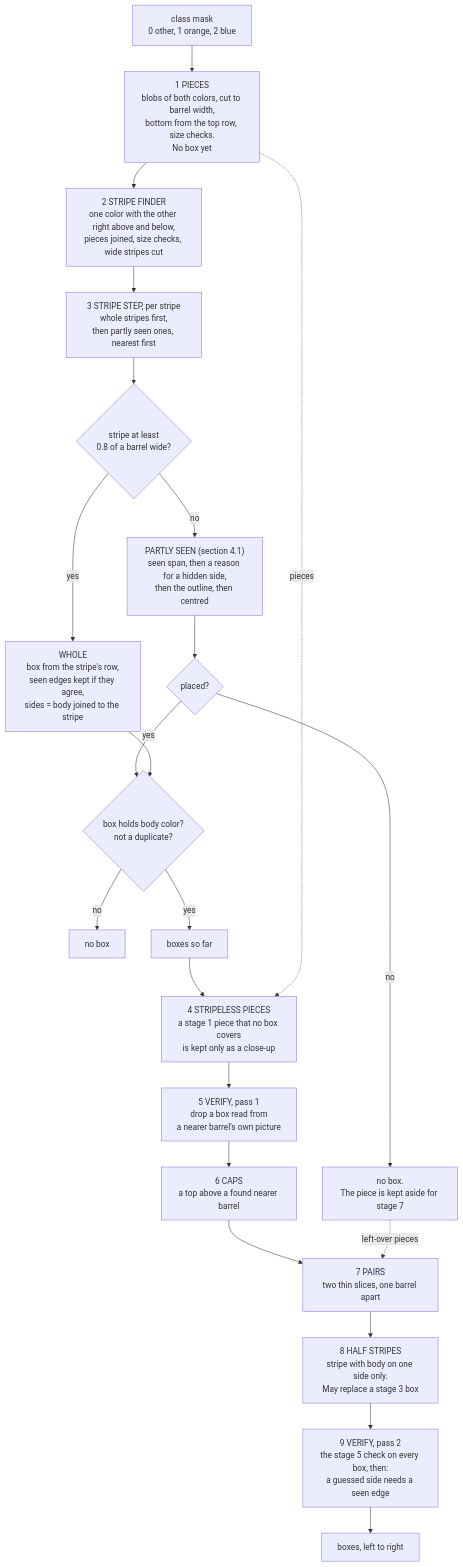
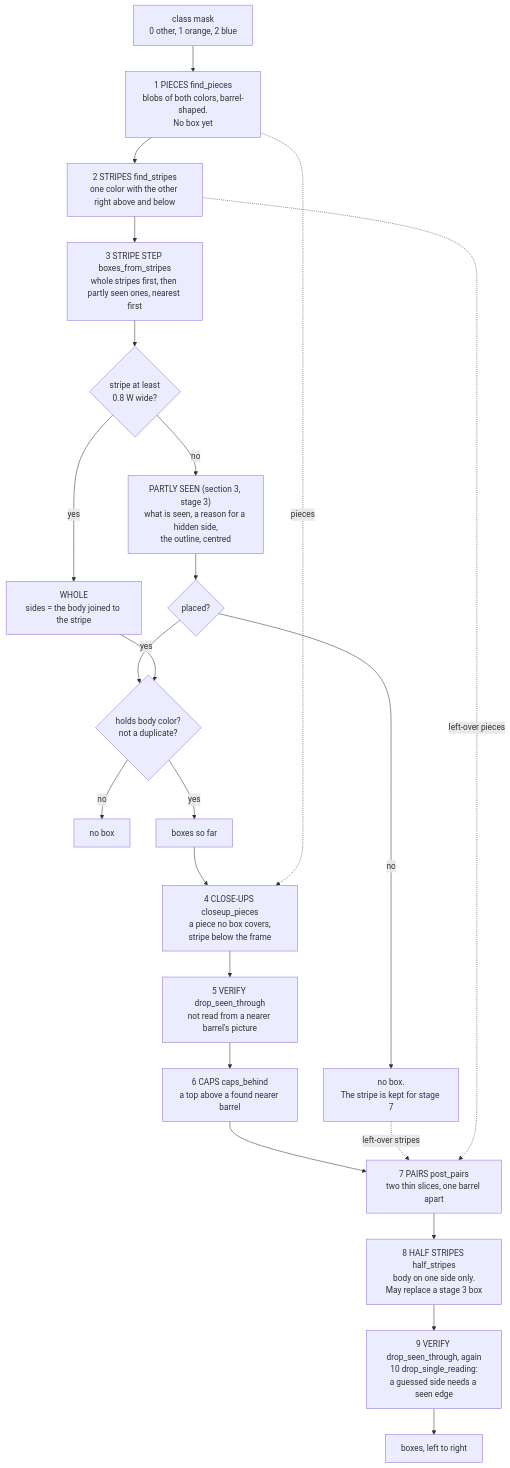
Before and after one commit to Tanush-A/vex-aim-tools-barrels: the first of 2 diagrams in barrels/docs/DETECTOR-MAP.md, drawn with Mermaid. The commit also changed other lines of this file and 7 other files, not shown here.

````diff
--- a/barrels/docs/DETECTOR-MAP.md
+++ b/barrels/docs/DETECTOR-MAP.md
@@ -43,24 +38,25 @@
 ```mermaid
 flowchart TD
     M["class mask<br/>0 other, 1 orange, 2 blue"] --> S1
-    S1["1 PIECES<br/>blobs of both colors, cut to barrel width,<br/>bottom from the top row, size checks.<br/>No box yet"] --> S2
-    S2["2 STRIPE FINDER<br/>one color with the other right above and below,<br/>pieces joined, size checks, wide stripes cut"] --> S3
-    S3["3 STRIPE STEP, per stripe<br/>whole stripes first,<br/>then partly seen ones, nearest first"] --> Q1{"stripe at least<br/>0.8 of a barrel wide?"}
-    Q1 -- yes --> WH["WHOLE<br/>box from the stripe's row,<br/>seen edges kept if they agree,<br/>sides = body joined to the stripe"]
-    Q1 -- no --> PS["PARTLY SEEN (section 4.1)<br/>seen span, then a reason for a hidden side,<br/>then the outline, then centred"]
+    S1["1 PIECES find_pieces<br/>blobs of both colors, barrel-shaped.<br/>No box yet"] --> S2
+    S2["2 STRIPES find_stripes<br/>one color with the other right above and below"] --> S3
+    S3["3 STRIPE STEP boxes_from_stripes<br/>whole stripes first, then partly seen ones, nearest first"] --> Q1{"stripe at least<br/>0.8 W wide?"}
+    Q1 -- yes --> WH["WHOLE<br/>sides = the body joined to the stripe"]
+    Q1 -- no --> PS["PARTLY SEEN (section 3, stage 3)<br/>what is seen, a reason for a hidden side,<br/>the outline, centred"]
     PS --> Q2{"placed?"}
-    Q2 -- no --> ASIDE["no box.<br/>The piece is kept aside for stage 7"]
+    Q2 -- no --> ASIDE["no box.<br/>The stripe is kept for stage 7"]
     Q2 -- yes --> Q3
-    WH --> Q3{"box holds body color?<br/>not a duplicate?"}
+    WH --> Q3{"holds body color?<br/>not a duplicate?"}
     Q3 -- no --> NOBOX["no box"]
     Q3 -- yes --> B3["boxes so far"]
-    B3 --> S4["4 STRIPELESS PIECES<br/>a stage 1 piece that no box covers<br/>is kept only as a close-up"]
+    B3 --> S4["4 CLOSE-UPS closeup_pieces<br/>a piece no box covers,<br/>stripe below the frame"]
     S1 -. "pieces" .-> S4
-    S4 --> V1["5 VERIFY, pass 1<br/>drop a box read from<br/>a nearer barrel's own picture"]
-    V1 --> S6["6 CAPS<br/>a top above a found nearer barrel"]
-    S6 --> S7["7 PAIRS<br/>two thin slices, one barrel apart"]
-    ASIDE -. "left-over pieces" .-> S7
-    S7 --> S8["8 HALF STRIPES<br/>stripe with body on one side only.<br/>May replace a stage 3 box"]
-    S8 --> V2["9 VERIFY, pass 2<br/>the stage 5 check on every box, then:<br/>a guessed side needs a seen edge"]
+    S4 --> V1["5 VERIFY drop_seen_through<br/>not read from a nearer barrel's picture"]
+    V1 --> S6["6 CAPS caps_behind<br/>a top above a found nearer barrel"]
+    S6 --> S7["7 PAIRS post_pairs<br/>two thin slices, one barrel apart"]
+    ASIDE -. "left-over stripes" .-> S7
+    S2 -. "left-over pieces" .-> S7
+    S7 --> S8["8 HALF STRIPES half_stripes<br/>body on one side only.<br/>May replace a stage 3 box"]
+    S8 --> V2["9 VERIFY drop_seen_through, again<br/>10 drop_single_reading:<br/>a guessed side needs a seen edge"]
     V2 --> OUT["boxes, left to right"]
 ```
````
